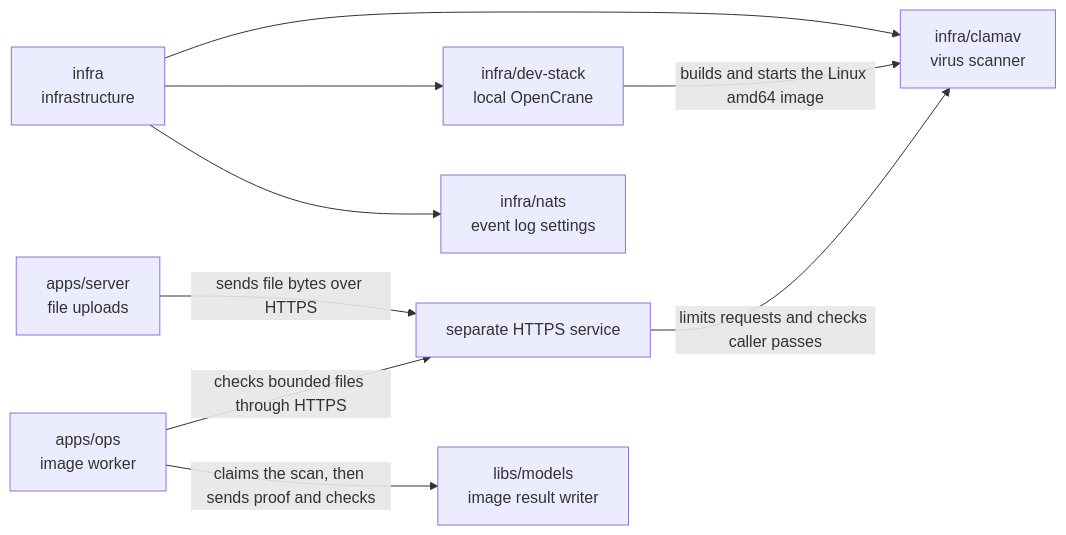
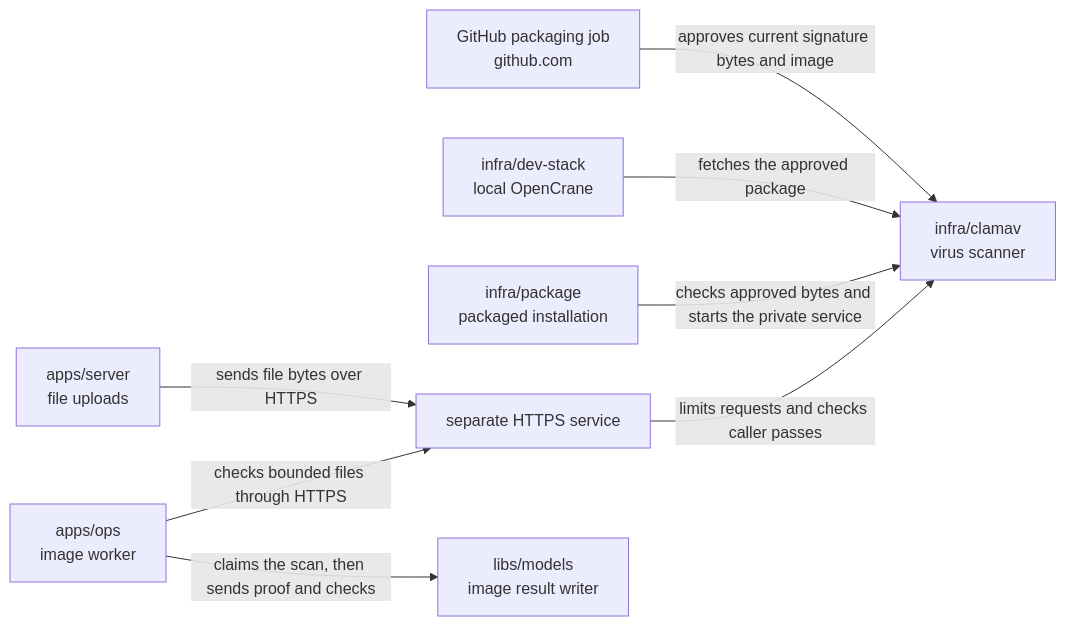
The diagram in infra/clamav/README.md (elewa-git/opencrane-new), drawn with Mermaid before and after one commit. The commit also changed other lines of this file and 96 other files, not shown here.

First line of the commit message:
🛡️ The package stores uploaded files and checks them with its own virus scanner (#1120)

````diff
--- a/infra/clamav/README.md
+++ b/infra/clamav/README.md
@@ -18,11 +21,10 @@
 ```mermaid
 flowchart LR
-  infra["infra<br/>infrastructure"] --> clamav["infra/clamav<br/>virus scanner"]
-  infra --> stack["infra/dev-stack<br/>local OpenCrane"]
-  infra --> nats["infra/nats<br/>event log settings"]
-  stack -->|builds and starts the Linux amd64 image| clamav
+  packaging["GitHub packaging job<br/>github.com"] -->|approves current signature bytes and image| clamav["infra/clamav<br/>virus scanner"]
+  stack["infra/dev-stack<br/>local OpenCrane"] -->|fetches the approved package| clamav
+  package["infra/package<br/>packaged installation"] -->|checks approved bytes and starts the private service| clamav
   server["apps/server<br/>file uploads"] -->|sends file bytes over HTTPS| launcher
   worker["apps/ops<br/>image worker"] -->|checks bounded files through HTTPS| launcher
   worker -->|claims the scan, then sends proof and checks| models["libs/models<br/>image result writer"]
   launcher["separate HTTPS service"] -->|limits requests and checks caller passes| clamav
 ```
````
